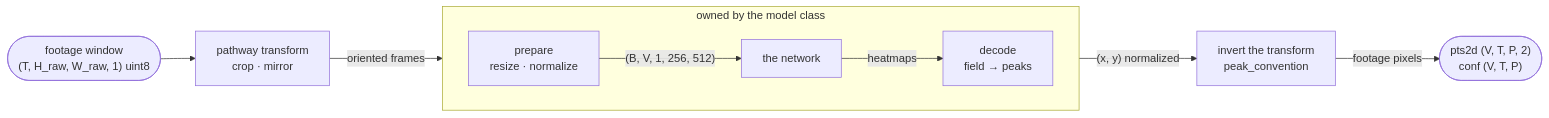
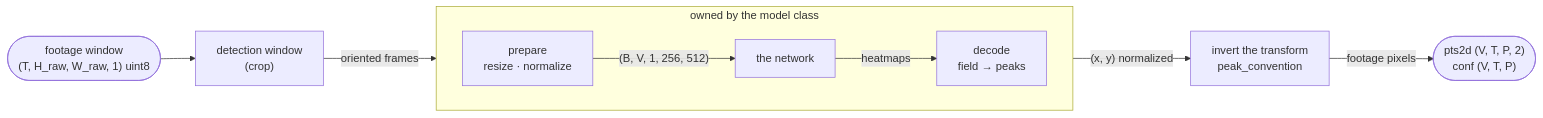
One commit to NeLy-EPFL/deeperfly changed the first of 7 diagrams in docs/explanation/detectors.md. Above: the diagram before and after it, drawn with Mermaid. The commit also changed other lines of this file and 8 other files, not shown here.

First line of the commit message:
Rewrite the docs for the v2 schema

````diff
--- a/docs/explanation/detectors.md
+++ b/docs/explanation/detectors.md
@@ -92,22 +92,22 @@
 ```mermaid
 flowchart LR
   win(["footage window<br>(T, H_raw, W_raw, 1) uint8"])
-  tf["pathway transform<br>crop · mirror"]
+  tf["detection window<br>(crop)"]
 
   subgraph OWN["owned by the model class"]
     direction LR
     prep["prepare<br>resize · normalize"]
     net["the network"]
     dec["decode<br>field → peaks"]
   end
 
   inv["invert the transform<br>peak_convention"]
   out(["pts2d (V, T, P, 2)<br>conf (V, T, P)"])
 
   win --> tf
   tf -->|"oriented frames"| prep
   prep -->|"(B, V, 1, 256, 512)"| net
   net -->|"heatmaps"| dec
   dec -->|"(x, y) normalized"| inv
   inv -->|"footage pixels"| out
 ```
````
